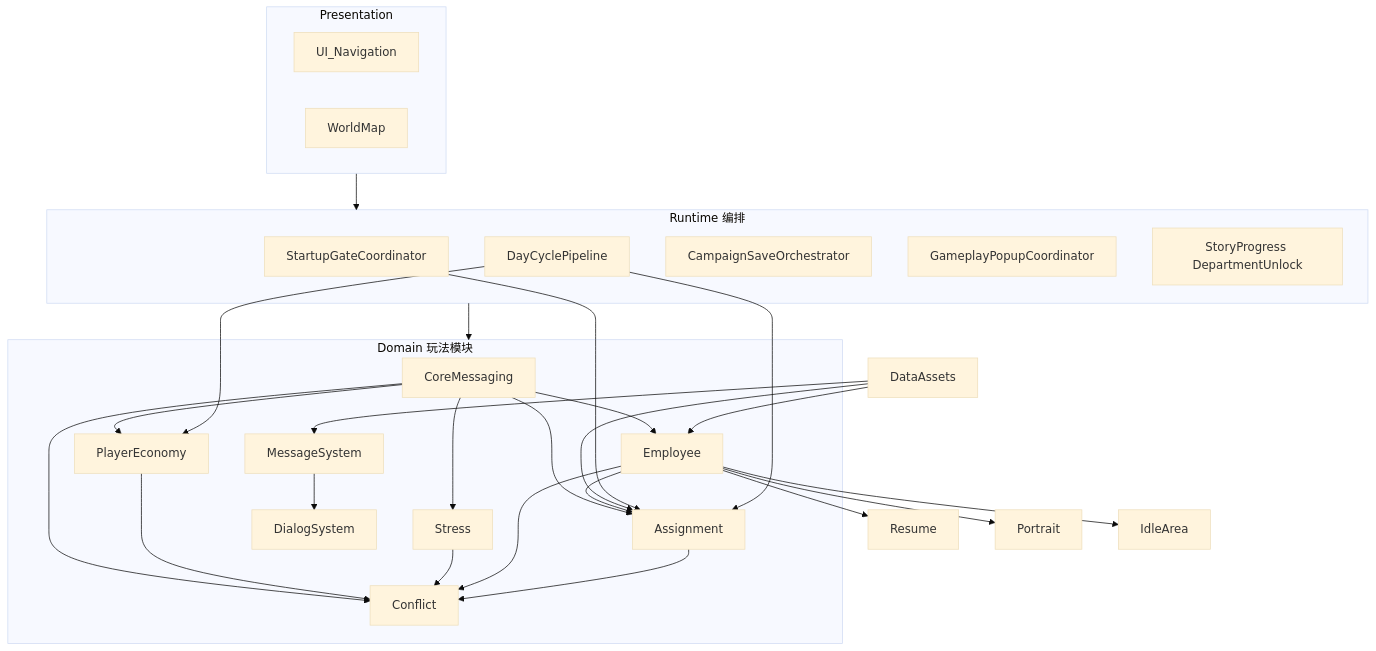
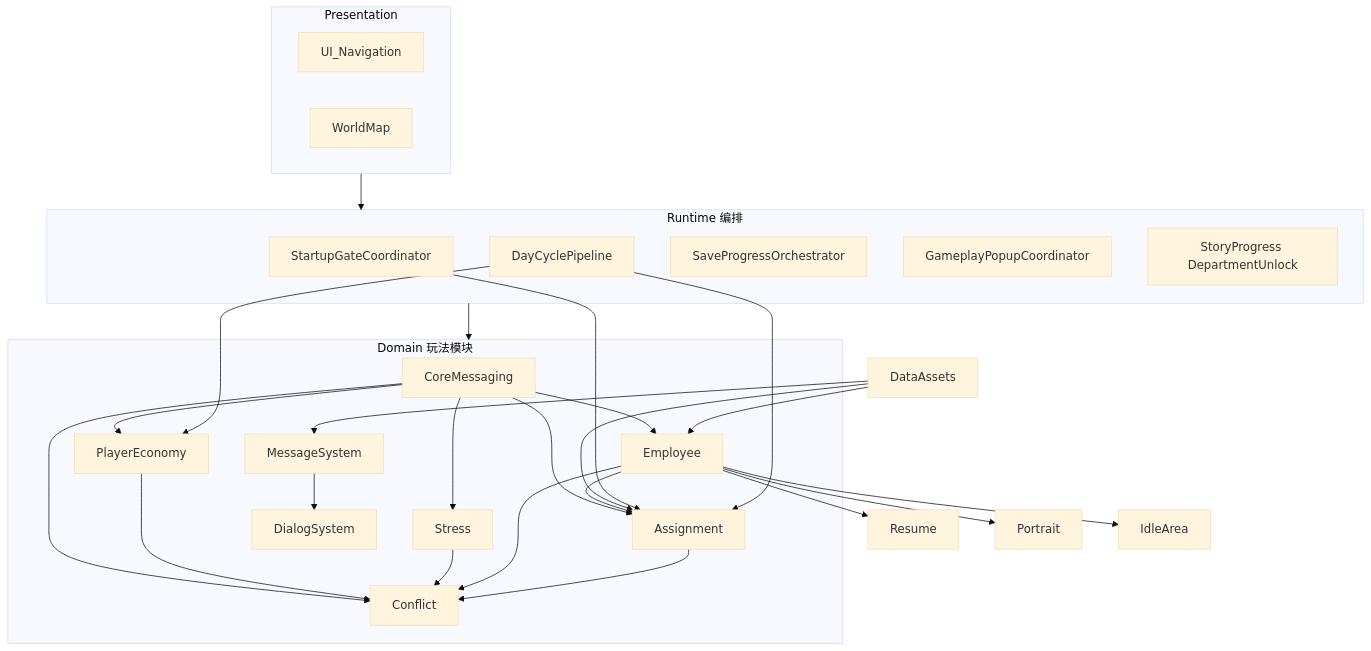
The second of 2 diagrams in Docs/03-程序设计/01-架构总览/核心系统与核心循环.md (Estrella6066773/Shenrenshibu), drawn with Mermaid (base theme) before and after one commit. The commit also changed 13 other files, not shown here.

````diff
--- a/Docs/03-程序设计/01-架构总览/核心系统与核心循环.md
+++ b/Docs/03-程序设计/01-架构总览/核心系统与核心循环.md
@@ -45,47 +45,47 @@
 ```mermaid
 flowchart TB
   subgraph presentation [Presentation]
     NAV[UI_Navigation]
     MAP[WorldMap]
   end
   subgraph runtime [Runtime 编排]
     GATE[StartupGateCoordinator]
     DAY[DayCyclePipeline]
-    SAVE[CampaignSaveOrchestrator]
+    SAVE[SaveProgressOrchestrator]
     SHELL[GameplayPopupCoordinator]
     PROG[StoryProgress DepartmentUnlock]
   end
   subgraph domain [Domain 玩法模块]
     CORE[CoreMessaging]
     PES[PlayerEconomy]
     EMP[Employee]
     ASG[Assignment]
     STR[Stress]
     CNF[Conflict]
     MSG[MessageSystem]
     DLG[DialogSystem]
   end
   presentation --> runtime
   runtime --> domain
   CORE --> PES
   CORE --> EMP
   CORE --> ASG
   CORE --> STR
   CORE --> CNF
   PES --> CNF
   STR --> CNF
   EMP --> ASG
   EMP --> CNF
   ASG --> CNF
   MSG --> DLG
   EMP --> RSM[Resume]
   EMP --> POR[Portrait]
   EMP --> IDL[IdleArea]
   DAT[DataAssets]
   DAT --> EMP
   DAT --> MSG
   DAT --> ASG
   GATE --> ASG
   DAY --> PES
   DAY --> ASG
 ```
````
